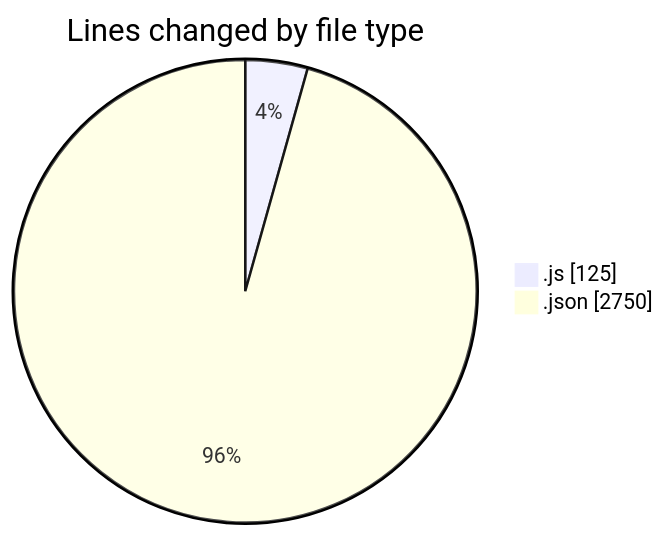
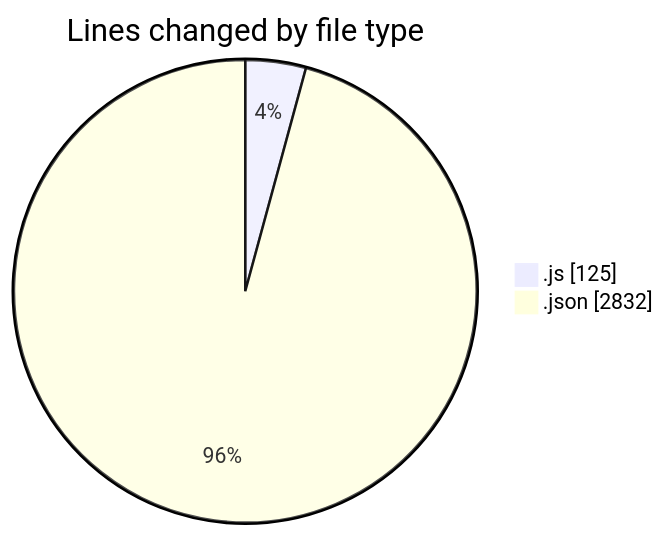
The first of 2 diagrams in 2025-04-09/nxtqube_webapp/README.md (nxtqubesakshisongat/code-tracking), drawn with Mermaid before and after one commit. The commit also changed other lines of this file and 1 other file, not shown here.

````diff
--- a/2025-04-09/nxtqube_webapp/README.md
+++ b/2025-04-09/nxtqube_webapp/README.md
@@ -22,6 +22,6 @@
 ```mermaid
 pie showData
 title Lines changed by file type
 ".js" : 125
-".json" : 2750
+".json" : 2832
 ```
````
